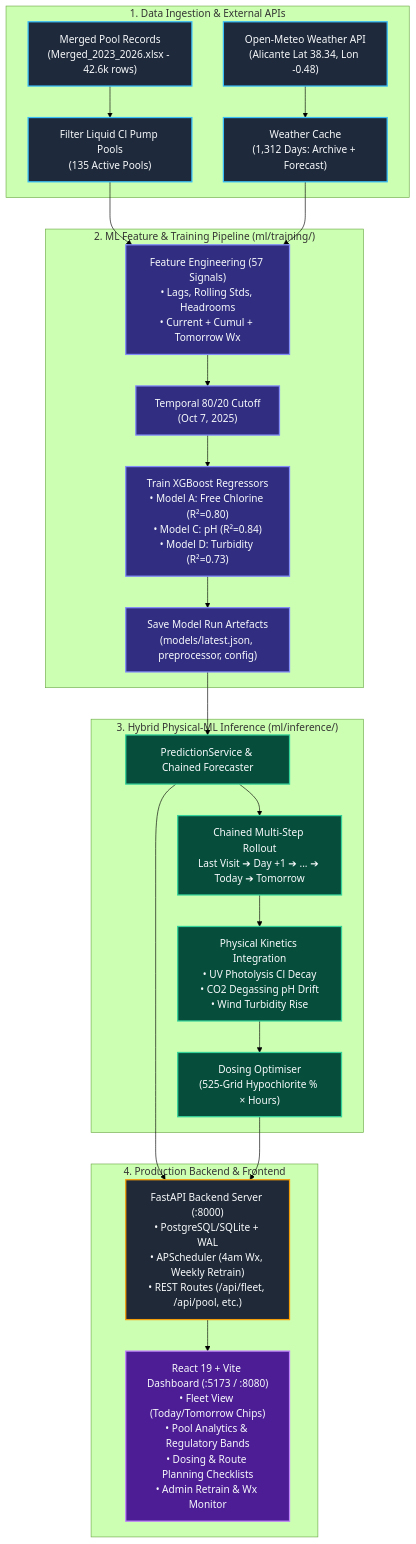
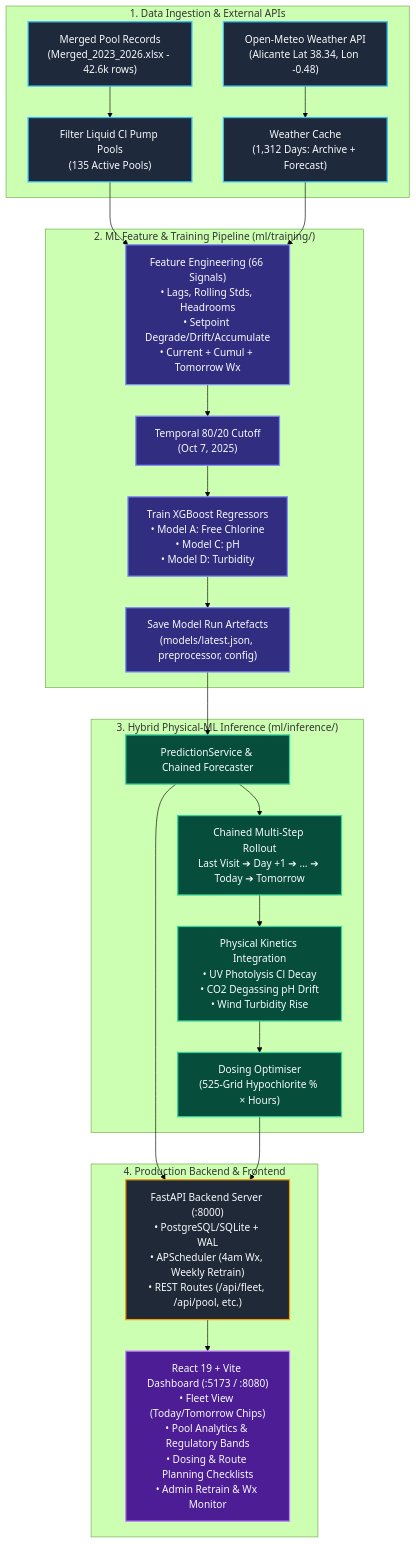
The diagram in README.md (Imad-81/pool-maintenance), drawn with Mermaid (forest theme) before and after one commit. The commit also changed other lines of this file and 21 other files, not shown here.

````diff
--- a/README.md
+++ b/README.md
@@ -82,38 +95,38 @@
 ```mermaid
 graph TD
     classDef source fill:#1e293b,stroke:#38bdf8,stroke-width:2px,color:#f8fafc;
     classDef ml fill:#312e81,stroke:#818cf8,stroke-width:2px,color:#f8fafc;
     classDef physics fill:#064e3b,stroke:#34d399,stroke-width:2px,color:#f8fafc;
     classDef backend fill:#1f2937,stroke:#f59e0b,stroke-width:2px,color:#f8fafc;
     classDef frontend fill:#4c1d95,stroke:#c084fc,stroke-width:2px,color:#f8fafc;
 
     subgraph Data_Sources ["1. Data Ingestion & External APIs"]
         RAW["Merged Pool Records<br>(Merged_2023_2026.xlsx - 42.6k rows)"] --> FILT["Filter Liquid Cl Pump Pools<br>(135 Active Pools)"]
         WX_API["Open-Meteo Weather API<br>(Alicante Lat 38.34, Lon -0.48)"] --> WX_CACHE["Weather Cache<br>(1,312 Days: Archive + Forecast)"]
     end
 
     subgraph ML_Training ["2. ML Feature & Training Pipeline (ml/training/)"]
-        FILT & WX_CACHE --> FEAT["Feature Engineering (57 Signals)<br>• Lags, Rolling Stds, Headrooms<br>• Current + Cumul + Tomorrow Wx"]
+        FILT & WX_CACHE --> FEAT["Feature Engineering (66 Signals)<br>• Lags, Rolling Stds, Headrooms<br>• Setpoint Degrade/Drift/Accumulate<br>• Current + Cumul + Tomorrow Wx"]
         FEAT --> SPLIT["Temporal 80/20 Cutoff<br>(Oct 7, 2025)"]
-        SPLIT --> TRAIN["Train XGBoost Regressors<br>• Model A: Free Chlorine (R²=0.80)<br>• Model C: pH (R²=0.84)<br>• Model D: Turbidity (R²=0.73)"]
+        SPLIT --> TRAIN["Train XGBoost Regressors<br>• Model A: Free Chlorine<br>• Model C: pH<br>• Model D: Turbidity"]
         TRAIN --> ARTIFACTS["Save Model Run Artefacts<br>(models/latest.json, preprocessor, config)"]
     end
 
     subgraph Inference_Engine ["3. Hybrid Physical-ML Inference (ml/inference/)"]
         ARTIFACTS --> INF["PredictionService & Chained Forecaster"]
         INF --> CHAIN["Chained Multi-Step Rollout<br>Last Visit ➔ Day +1 ➔ ... ➔ Today ➔ Tomorrow"]
         CHAIN --> KINETICS["Physical Kinetics Integration<br>• UV Photolysis Cl Decay<br>• CO2 Degassing pH Drift<br>• Wind Turbidity Rise"]
         KINETICS --> OPT["Dosing Optimiser<br>(525-Grid Hypochlorite % × Hours)"]
     end
 
     subgraph Production_Stack ["4. Production Backend & Frontend"]
         INF & OPT --> API["FastAPI Backend Server (:8000)<br>• PostgreSQL/SQLite + WAL<br>• APScheduler (4am Wx, Weekly Retrain)<br>• REST Routes (/api/fleet, /api/pool, etc.)"]
         API --> UI["React 19 + Vite Dashboard (:5173 / :8080)<br>• Fleet View (Today/Tomorrow Chips)<br>• Pool Analytics & Regulatory Bands<br>• Dosing & Route Planning Checklists<br>• Admin Retrain & Wx Monitor"]
     end
 
     class RAW,FILT,WX_API,WX_CACHE source;
     class FEAT,SPLIT,TRAIN,ARTIFACTS ml;
     class INF,CHAIN,KINETICS,OPT physics;
     class API backend;
     class UI frontend;
 ```
````
